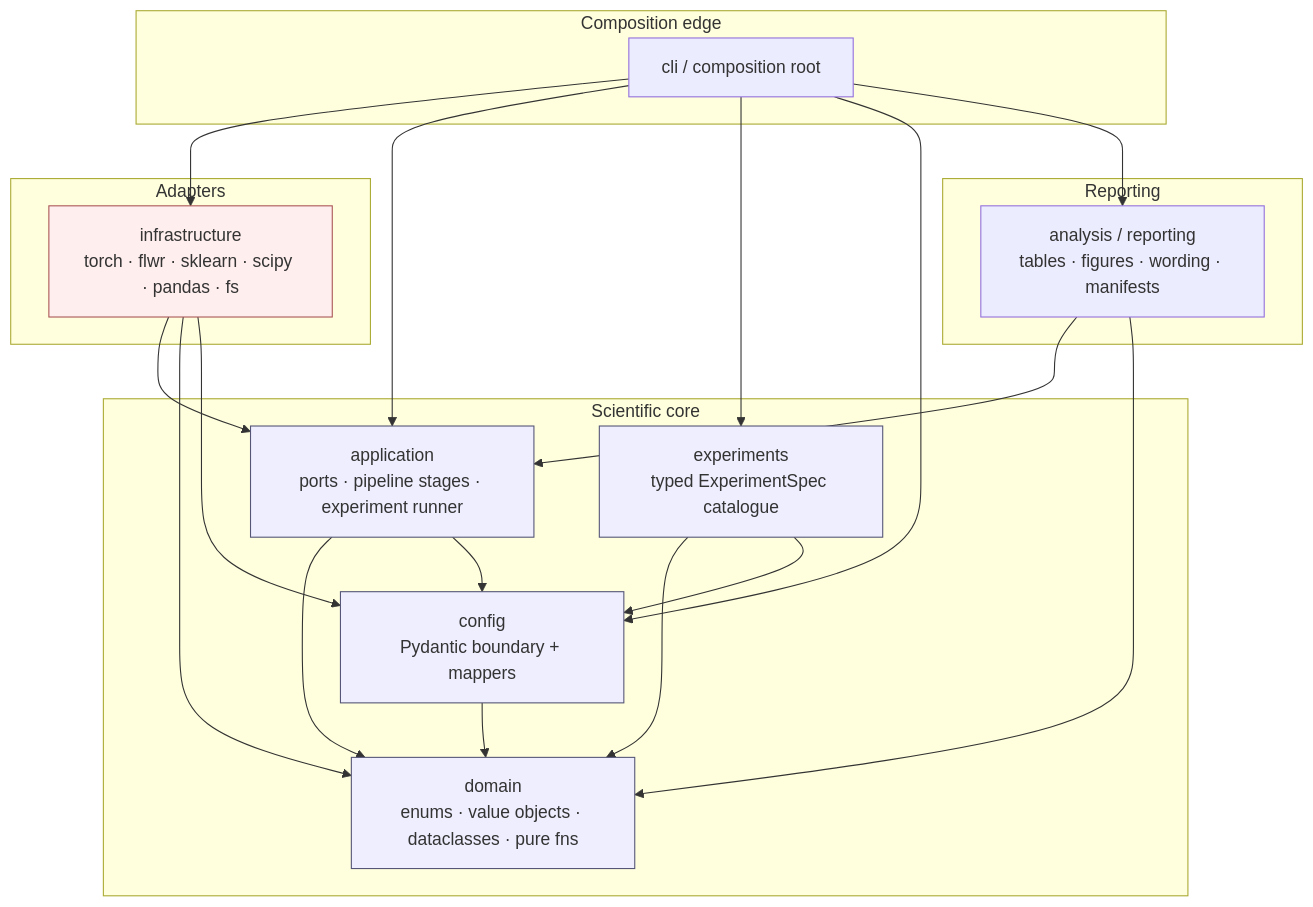
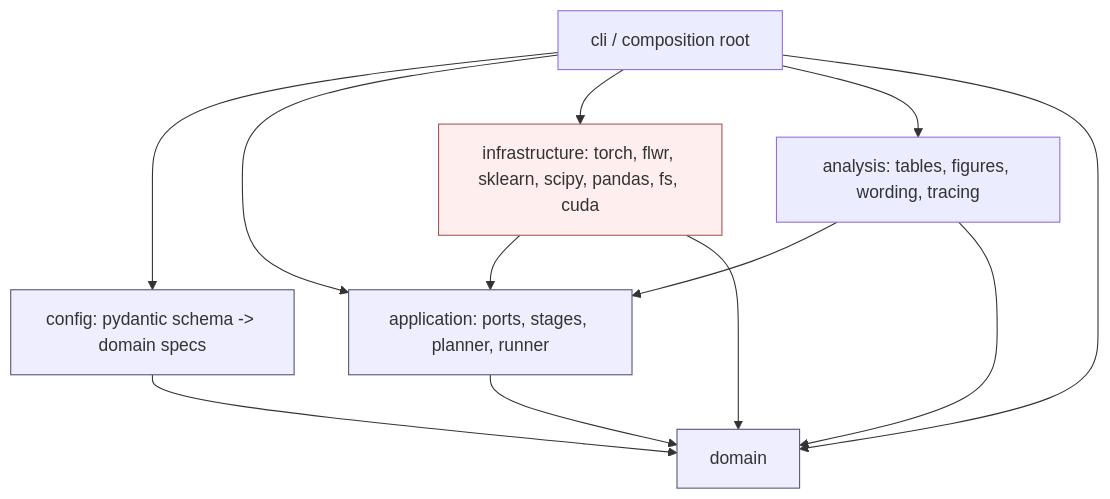
Before and after one commit to naslouby-salahe/datp-core: the diagram in docs/Datpx phase0 architecture.md, drawn with Mermaid. The commit also changed other lines of this file, not shown here.

Commit message:
Update Datpx phase0 architecture.md

````diff
--- a/docs/Datpx phase0 architecture.md
+++ b/docs/Datpx phase0 architecture.md
@@ -153,39 +83,26 @@
 ```mermaid
 graph TD
-    subgraph edges[Composition edge]
-        CLI[cli / composition root]
-    end
-    subgraph adapters[Adapters]
-        INFRA[infrastructure<br/>torch · flwr · sklearn · scipy · pandas · fs]
-    end
-    subgraph core[Scientific core]
-        APP[application<br/>ports · pipeline stages · experiment runner]
-        EXP[experiments<br/>typed ExperimentSpec catalogue]
-        CFG[config<br/>Pydantic boundary + mappers]
-        DOM[domain<br/>enums · value objects · dataclasses · pure fns]
-    end
-    subgraph report[Reporting]
-        ANA[analysis / reporting<br/>tables · figures · wording · manifests]
-    end
+    DOM[domain]
+    CFG[config: pydantic schema -> domain specs]
+    APP[application: ports, stages, planner, runner]
+    INFRA[infrastructure: torch, flwr, sklearn, scipy, pandas, fs, cuda]
+    ANA[analysis: tables, figures, wording, tracing]
+    CLI[cli / composition root]
 
-    CLI --> INFRA
-    CLI --> APP
-    CLI --> EXP
-    CLI --> CFG
-    CLI --> ANA
+    CFG --> DOM
+    APP --> DOM
     INFRA --> APP
     INFRA --> DOM
-    INFRA --> CFG
-    APP --> DOM
-    APP --> CFG
-    EXP --> DOM
-    EXP --> CFG
-    CFG --> DOM
     ANA --> APP
     ANA --> DOM
+    CLI --> CFG
+    CLI --> APP
+    CLI --> INFRA
+    CLI --> ANA
+    CLI --> DOM
 
     classDef pure fill:#eef,stroke:#557;
     classDef adapter fill:#fee,stroke:#a55;
-    class DOM,CFG,APP,EXP pure;
+    class DOM,CFG,APP pure;
     class INFRA adapter;
 ```
````
